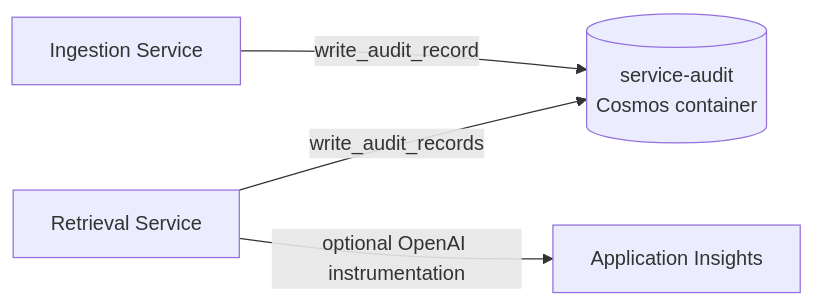
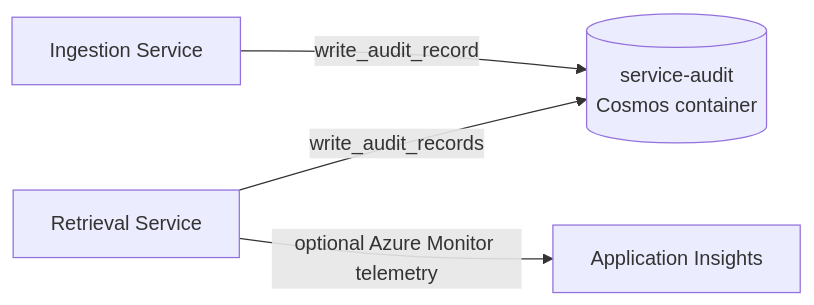
Before and after one commit to HariVamsiChittari1/enterprise-rag-pipeline: diagram 11 of 12 in docs/ARCHITECTURE.md, drawn with Mermaid. The commit also changed other lines of this file and 15 other files, not shown here.

````diff
--- a/docs/ARCHITECTURE.md
+++ b/docs/ARCHITECTURE.md
@@ -706,6 +706,6 @@
 ```mermaid
 flowchart LR
     Ingestion[Ingestion Service] -->|write_audit_record| Audit[(service-audit<br/>Cosmos container)]
     Retrieval[Retrieval Service] -->|write_audit_records| Audit
-    Retrieval -->|optional OpenAI instrumentation| AppInsights[Application Insights]
+    Retrieval -->|optional Azure Monitor telemetry| AppInsights[Application Insights]
 ```
````
